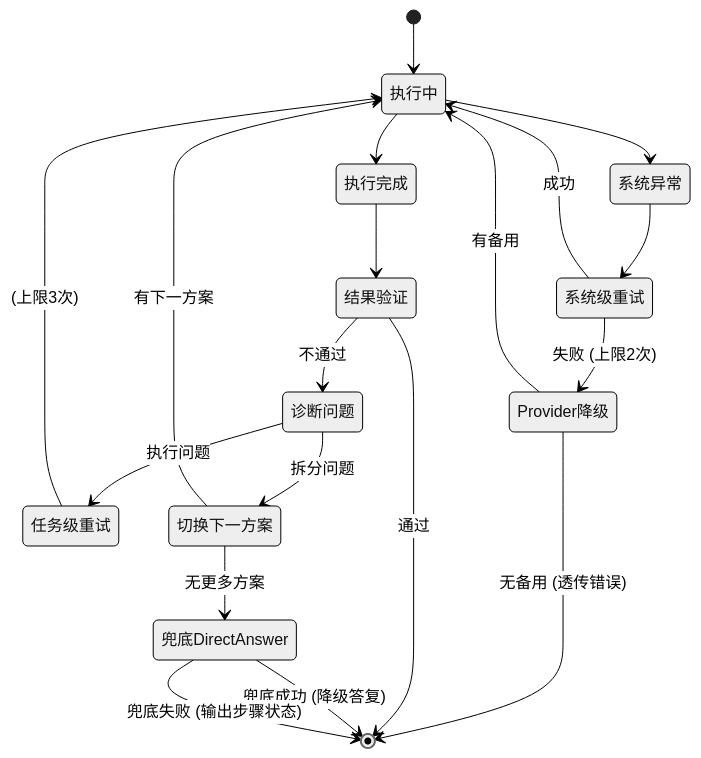
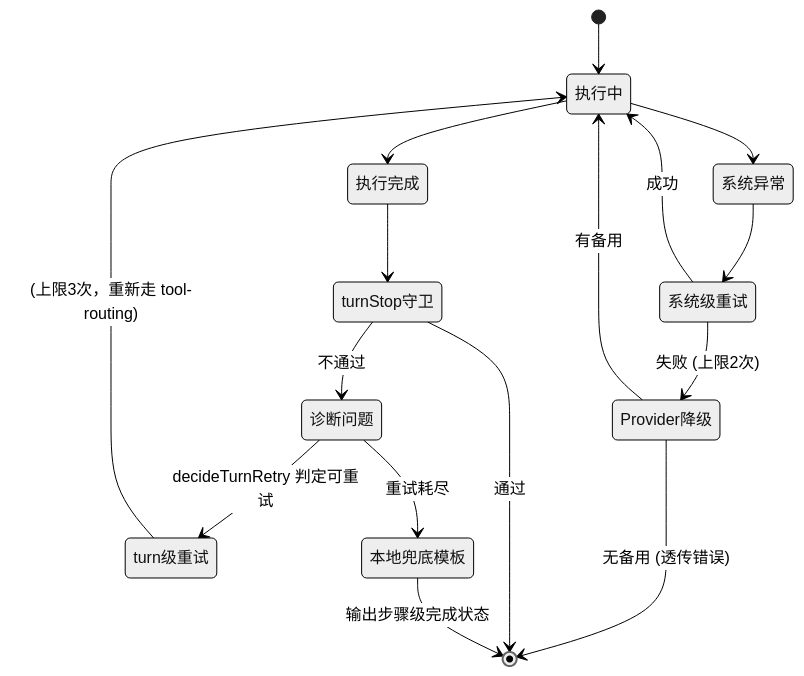
The fourth of 5 diagrams in docs/overview-design.md (dangaogit/tachu), drawn with Mermaid (neutral theme) before and after one commit. The commit also changed other lines of this file and 103 other files, not shown here.

````diff
--- a/docs/overview-design.md
+++ b/docs/overview-design.md
@@ -464,22 +494,19 @@
 ```mermaid
 stateDiagram-v2
     [*] --> 执行中
     执行中 --> 系统异常
     系统异常 --> 系统级重试
     系统级重试 --> 执行中: 成功
     系统级重试 --> Provider降级: 失败 (上限2次)
     Provider降级 --> 执行中: 有备用
     Provider降级 --> [*]: 无备用 (透传错误)
     
     执行中 --> 执行完成
-    执行完成 --> 结果验证
-    结果验证 --> [*]: 通过
-    结果验证 --> 诊断问题: 不通过
-    诊断问题 --> 任务级重试: 执行问题
-    任务级重试 --> 执行中: (上限3次)
-    诊断问题 --> 切换下一方案: 拆分问题
-    切换下一方案 --> 执行中: 有下一方案
-    切换下一方案 --> 兜底DirectAnswer: 无更多方案
-    兜底DirectAnswer --> [*]: 兜底成功 (降级答复)
-    兜底DirectAnswer --> [*]: 兜底失败 (输出步骤状态)
+    执行完成 --> turnStop守卫
+    turnStop守卫 --> [*]: 通过
+    turnStop守卫 --> 诊断问题: 不通过
+    诊断问题 --> turn级重试: decideTurnRetry 判定可重试
+    turn级重试 --> 执行中: (上限3次，重新走 tool-routing)
+    诊断问题 --> 本地兜底模板: 重试耗尽
+    本地兜底模板 --> [*]: 输出步骤级完成状态
 ```
````
